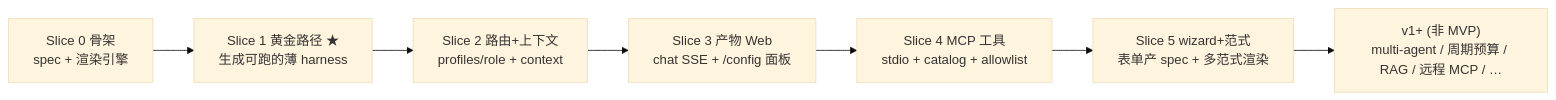
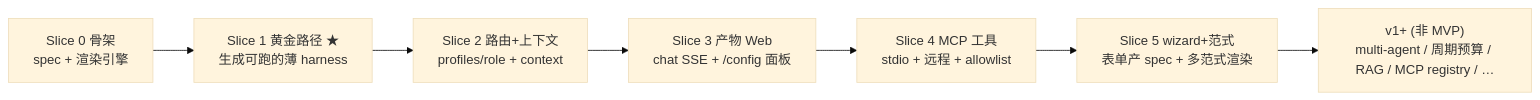
One commit to EpisodeYu/HarnessSmith changed the diagram in docs/02-development/00-overview.md. Above: the diagram before and after it, drawn with Mermaid (base theme). The commit also changed other lines of this file and 5 other files, not shown here.

First line of the commit message:
docs: plan Slice 4 MCP tools; pull remote HTTP/SSE transport into MVP

````diff
--- a/docs/02-development/00-overview.md
+++ b/docs/02-development/00-overview.md
@@ -25,9 +25,9 @@
 ```mermaid
 graph LR
     S0["Slice 0 骨架<br/>spec + 渲染引擎"] --> S1["Slice 1 黄金路径 ★<br/>生成可跑的薄 harness"]
     S1 --> S2["Slice 2 路由+上下文<br/>profiles/role + context"]
     S2 --> S3["Slice 3 产物 Web<br/>chat SSE + /config 面板"]
-    S3 --> S4["Slice 4 MCP 工具<br/>stdio + catalog + allowlist"]
+    S3 --> S4["Slice 4 MCP 工具<br/>stdio + 远程 + allowlist"]
     S4 --> S5["Slice 5 wizard+范式<br/>表单产 spec + 多范式渲染"]
-    S5 --> V["v1+ (非 MVP)<br/>multi-agent / 周期预算 / RAG / 远程 MCP / …"]
+    S5 --> V["v1+ (非 MVP)<br/>multi-agent / 周期预算 / RAG / MCP registry / …"]
 ```
````
